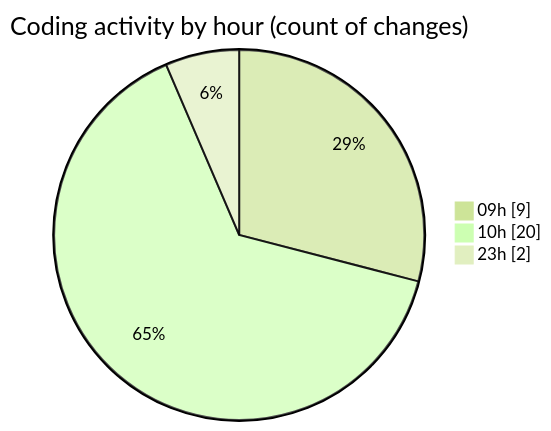
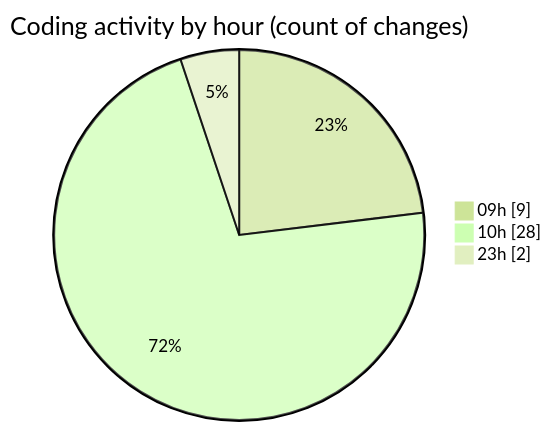
Before and after one commit to Elitesun/code-tracking: the second of 2 diagrams in 2025-05-19/niten/README.md, drawn with Mermaid (forest theme). The commit also changed other lines of this file and 1 other file, not shown here.

````diff
--- a/2025-05-19/niten/README.md
+++ b/2025-05-19/niten/README.md
@@ -40,7 +42,7 @@
 ```mermaid
 pie showData
 title Coding activity by hour (count of changes)
 "09h" : 9
-"10h" : 20
+"10h" : 28
 "23h" : 2
 ```
````
